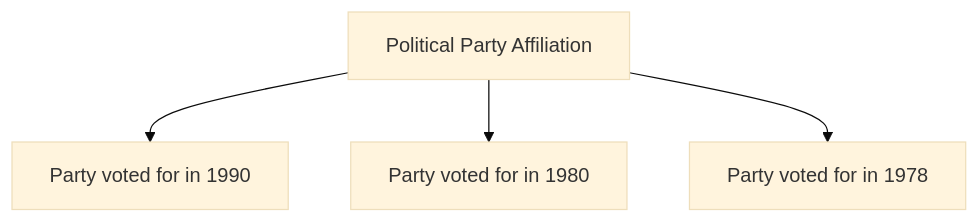
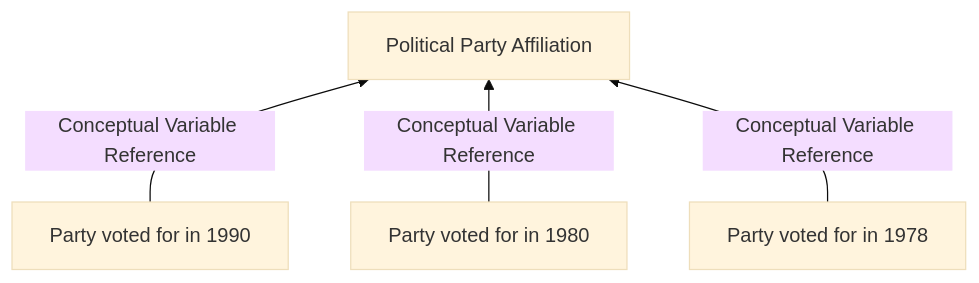
Before and after one commit to Making-Sense-Info/Varese: the seventh of 9 diagrams in workshops/comparison-overview.md, drawn with Mermaid (base theme). The commit also changed other lines of this file, not shown here.

````diff
--- a/workshops/comparison-overview.md
+++ b/workshops/comparison-overview.md
@@ -58,6 +67,6 @@
 ```mermaid
-graph TB
-  PolConcept[Political Party Affiliation] --> Pol90Var[Party voted for in 1990]
-  PolConcept[Political Party Affiliation] --> Pol80Var[Party voted for in 1980]
-  PolConcept[Political Party Affiliation] --> Pol78Var[Party voted for in 1978]
+graph BT
+  Pol90Var[Party voted for in 1990] -- Conceptual Variable Reference -->  PolConcept[Political Party Affiliation]
+  Pol80Var[Party voted for in 1980] -- Conceptual Variable Reference -->  PolConcept[Political Party Affiliation]
+  Pol78Var[Party voted for in 1978] -- Conceptual Variable Reference -->  PolConcept[Political Party Affiliation]
 ```
````
